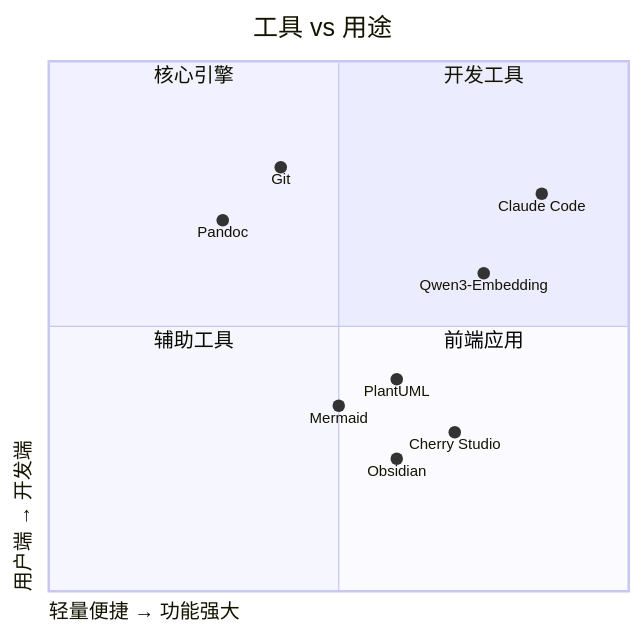
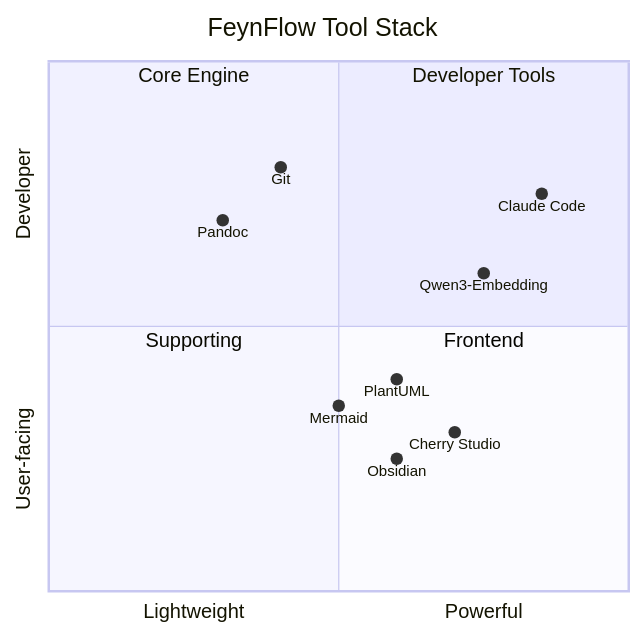
One commit to 3229218431/FeynFlow changed the second of 6 diagrams in README.md. Above: the diagram before and after it, drawn with Mermaid. The commit also changed other lines of this file, not shown here.

Commit message:
Fix quadrantChart syntax (use English), remove hardcoded styles for dark mode compat, fix timeline syntax

````diff
--- a/README.md
+++ b/README.md
@@ -35,18 +35,18 @@
 ```mermaid
 quadrantChart
-    title 工具 vs 用途
-    x-axis 轻量便捷 → 功能强大
-    y-axis 用户端 → 开发端
-    quadrant-1 开发工具
-    quadrant-2 核心引擎
-    quadrant-3 辅助工具
-    quadrant-4 前端应用
+    title FeynFlow Tool Stack
+    x-axis Lightweight --> Powerful
+    y-axis User-facing --> Developer
+    quadrant-1 Developer Tools
+    quadrant-2 Core Engine
+    quadrant-3 Supporting
+    quadrant-4 Frontend
     Claude Code: [0.85, 0.75]
     Pandoc: [0.3, 0.7]
     Obsidian: [0.6, 0.25]
     Cherry Studio: [0.7, 0.3]
     Qwen3-Embedding: [0.75, 0.6]
     Git: [0.4, 0.8]
     Mermaid: [0.5, 0.35]
     PlantUML: [0.6, 0.4]
 ```
````
